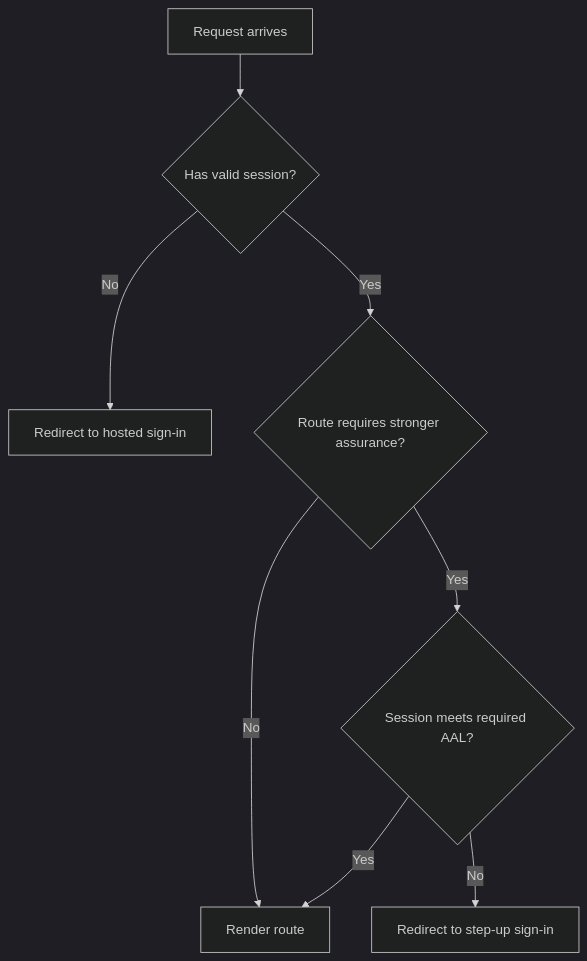
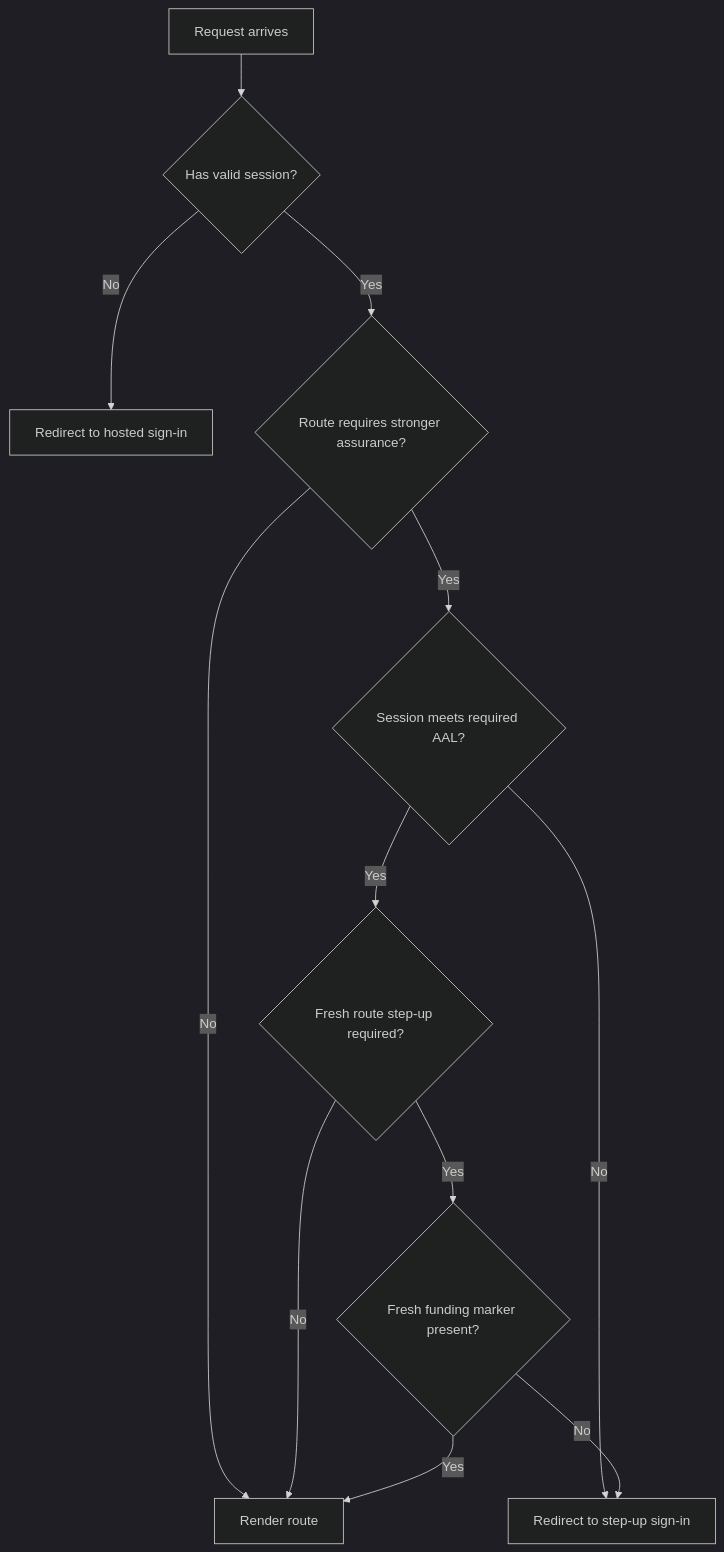
Before and after one commit to vc4u2c/acme-los: the third of 5 diagrams in docs/architecture/auth-server-flows.md, drawn with Mermaid (dark theme). The commit also changed other lines of this file and 18 other files, not shown here.

Commit message:
fix(auth): require fresh funding step-up mfa (#62)

````diff
--- a/docs/architecture/auth-server-flows.md
+++ b/docs/architecture/auth-server-flows.md
@@ -164,10 +170,14 @@
 ```mermaid
 flowchart TD
   A[Request arrives] --> B{Has valid session?}
   B -- No --> C[Redirect to hosted sign-in]
   B -- Yes --> D{Route requires stronger assurance?}
   D -- No --> E[Render route]
   D -- Yes --> F{Session meets required AAL?}
   F -- No --> G[Redirect to step-up sign-in]
-  F -- Yes --> E
+  F -- Yes --> H{Fresh route step-up required?}
+  H -- No --> E
+  H -- Yes --> I{Fresh funding marker present?}
+  I -- No --> G
+  I -- Yes --> E
 ```
````
